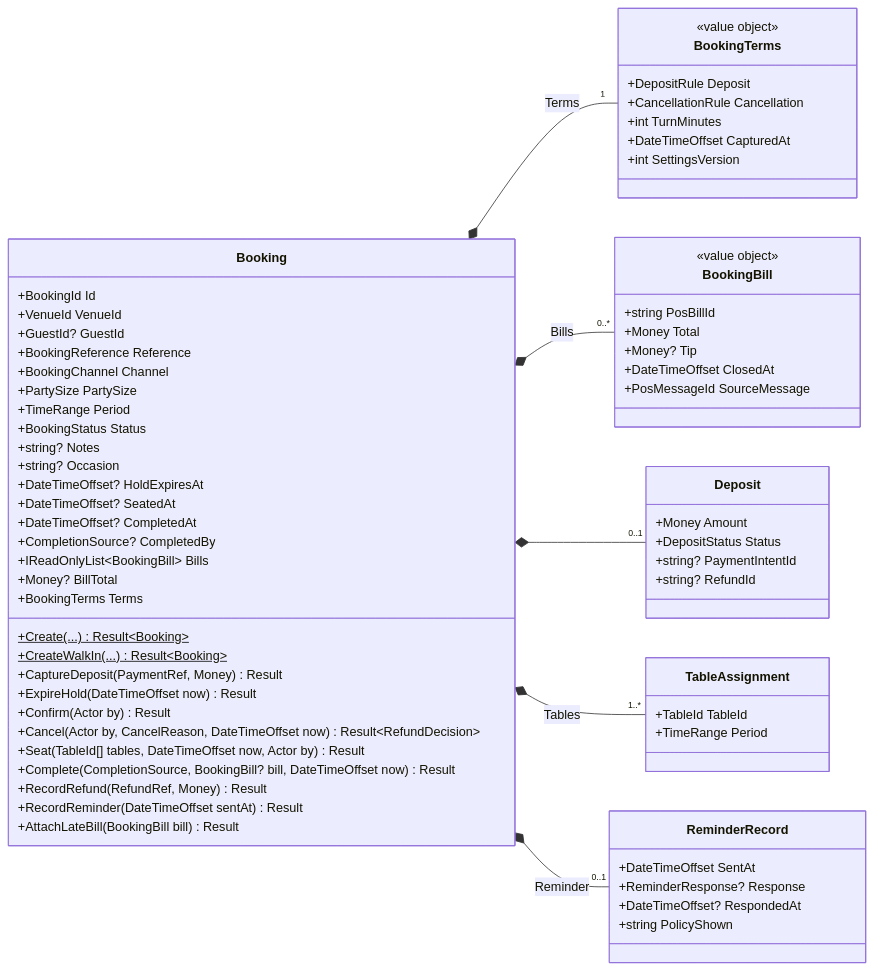
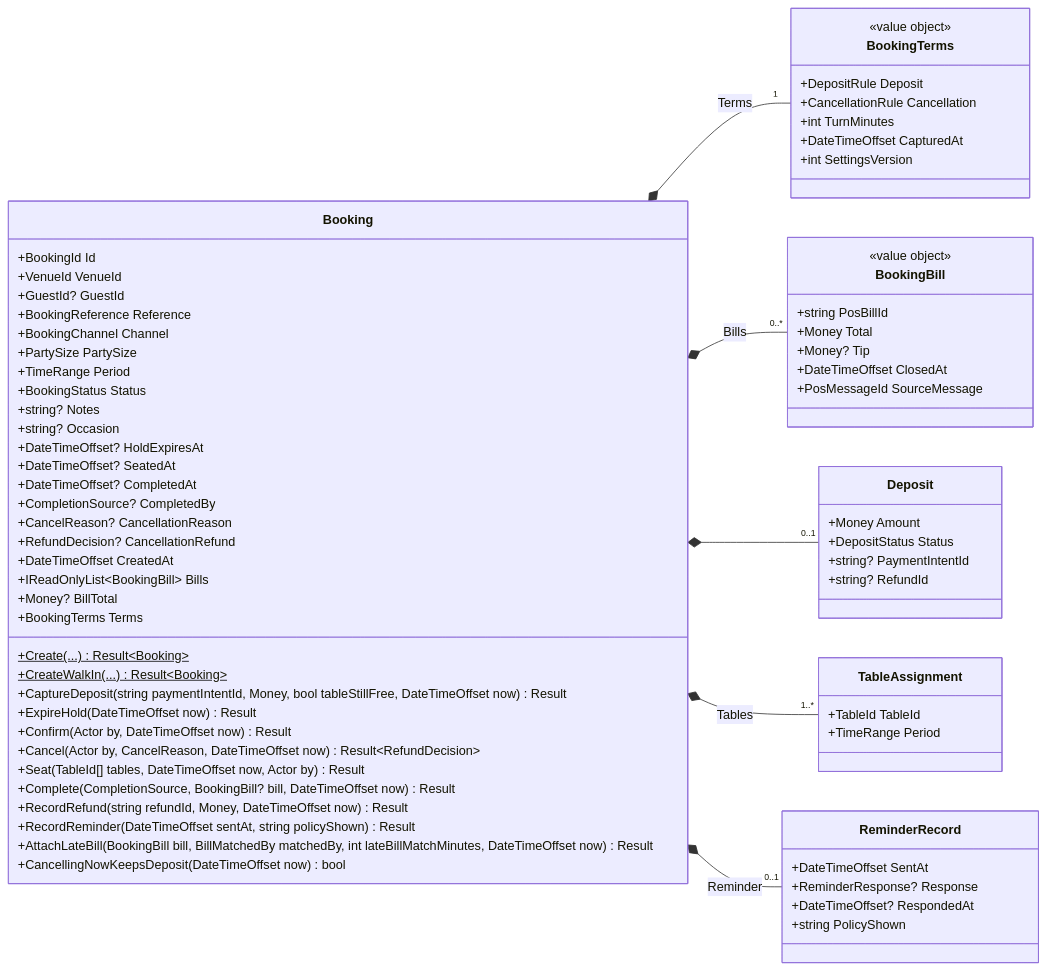
The third of 28 diagrams in docs/Design.md (ring9834/TableReservation), drawn with Mermaid before and after one commit. The commit also changed other lines of this file and 31 other files, not shown here.

````diff
--- a/docs/Design.md
+++ b/docs/Design.md
@@ -203,71 +204,75 @@
 ```mermaid
 classDiagram
     direction LR
     class Booking {
         +BookingId Id
         +VenueId VenueId
         +GuestId? GuestId
         +BookingReference Reference
         +BookingChannel Channel
         +PartySize PartySize
         +TimeRange Period
         +BookingStatus Status
         +string? Notes
         +string? Occasion
         +DateTimeOffset? HoldExpiresAt
         +DateTimeOffset? SeatedAt
         +DateTimeOffset? CompletedAt
         +CompletionSource? CompletedBy
+        +CancelReason? CancellationReason
+        +RefundDecision? CancellationRefund
+        +DateTimeOffset CreatedAt
         +IReadOnlyList~BookingBill~ Bills
         +Money? BillTotal
         +BookingTerms Terms
         +Create(...)$ Result~Booking~
         +CreateWalkIn(...)$ Result~Booking~
-        +CaptureDeposit(PaymentRef, Money) Result
+        +CaptureDeposit(string paymentIntentId, Money, bool tableStillFree, DateTimeOffset now) Result
         +ExpireHold(DateTimeOffset now) Result
-        +Confirm(Actor by) Result
+        +Confirm(Actor by, DateTimeOffset now) Result
         +Cancel(Actor by, CancelReason, DateTimeOffset now) Result~RefundDecision~
         +Seat(TableId[] tables, DateTimeOffset now, Actor by) Result
         +Complete(CompletionSource, BookingBill? bill, DateTimeOffset now) Result
-        +RecordRefund(RefundRef, Money) Result
-        +RecordReminder(DateTimeOffset sentAt) Result
-        +AttachLateBill(BookingBill bill) Result
+        +RecordRefund(string refundId, Money, DateTimeOffset now) Result
+        +RecordReminder(DateTimeOffset sentAt, string policyShown) Result
+        +AttachLateBill(BookingBill bill, BillMatchedBy matchedBy, int lateBillMatchMinutes, DateTimeOffset now) Result
+        +CancellingNowKeepsDeposit(DateTimeOffset now) bool
     }
     class Deposit {
         +Money Amount
         +DepositStatus Status
         +string? PaymentIntentId
         +string? RefundId
     }
     class TableAssignment {
         +TableId TableId
         +TimeRange Period
     }
     class ReminderRecord {
         +DateTimeOffset SentAt
         +ReminderResponse? Response
         +DateTimeOffset? RespondedAt
         +string PolicyShown
     }
     class BookingTerms {
         <<value object>>
         +DepositRule Deposit
         +CancellationRule Cancellation
         +int TurnMinutes
         +DateTimeOffset CapturedAt
         +int SettingsVersion
     }
     Booking *-- "1" BookingTerms : Terms
     class BookingBill {
         <<value object>>
         +string PosBillId
         +Money Total
         +Money? Tip
         +DateTimeOffset ClosedAt
         +PosMessageId SourceMessage
     }
     Booking *-- "0..*" BookingBill : Bills
     Booking *-- "0..1" Deposit
     Booking *-- "1..*" TableAssignment : Tables
     Booking *-- "0..1" ReminderRecord : Reminder
 ```
````
